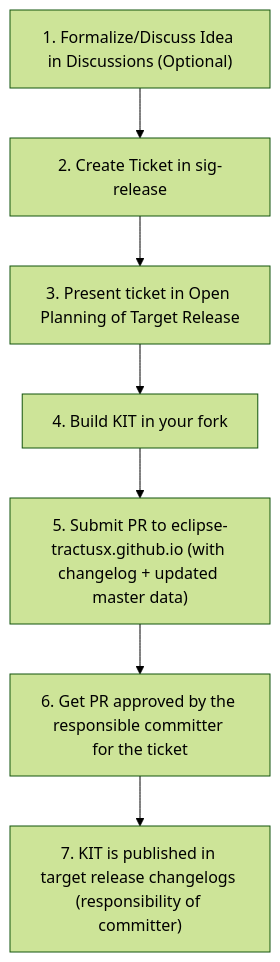
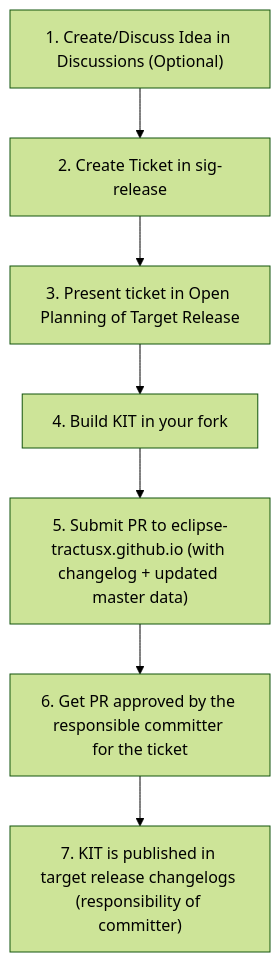
One commit to eclipse-tractusx/eclipse-tractusx.github.io changed the second of 2 diagrams in documentation/kit-getting-started.mdx. Above: the diagram before and after it, drawn with Mermaid (forest theme). The commit also changed other lines of this file and 28 other files, not shown here.

````diff
--- a/documentation/kit-getting-started.mdx
+++ b/documentation/kit-getting-started.mdx
@@ -195,9 +317,9 @@
 ```mermaid
 flowchart TD
-    A["1. Formalize/Discuss Idea in Discussions (Optional)"] --> B["2. Create Ticket in sig-release"]
+    A["1. Create/Discuss Idea in Discussions (Optional)"] --> B["2. Create Ticket in sig-release"]
     B --> C["3. Present ticket in Open Planning of Target Release"]
     C --> D["4. Build KIT in your fork"]
     D --> E["5. Submit PR to eclipse-tractusx.github.io (with changelog + updated master data)"]
     E --> F["6. Get PR approved by the responsible committer for the ticket"]
     F --> G["7. KIT is published in target release changelogs (responsibility of committer)"]
 ```
````
